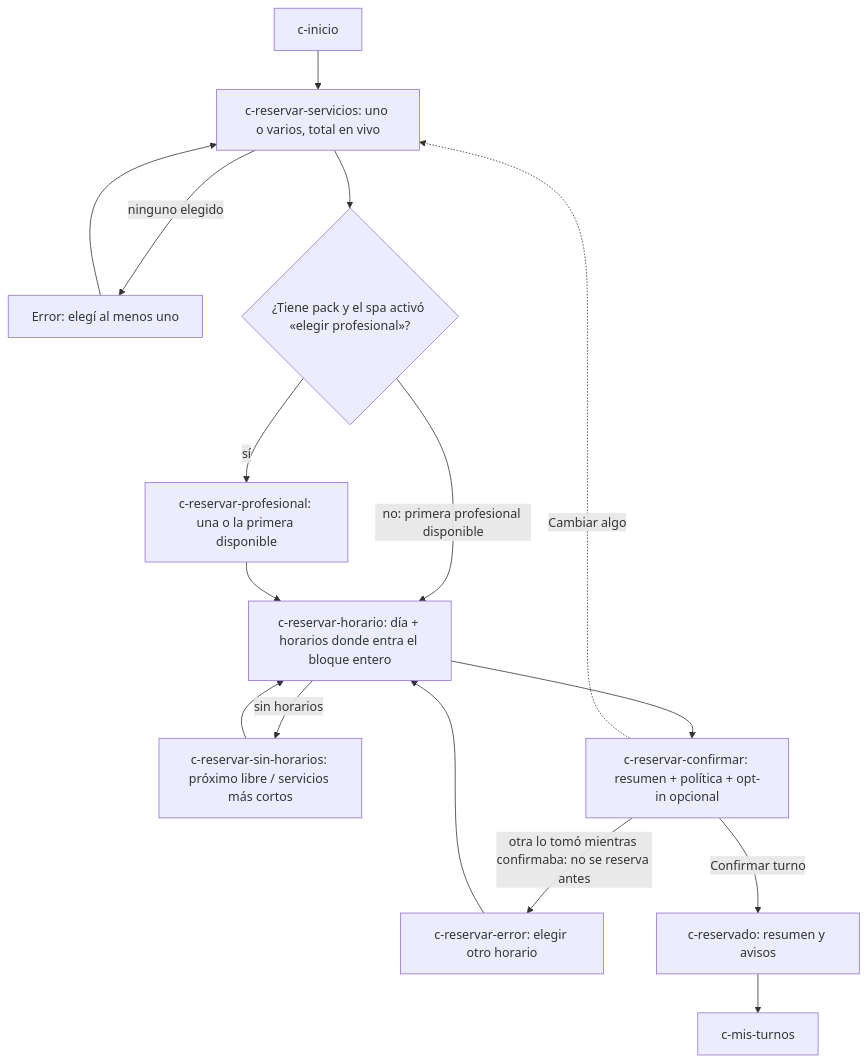
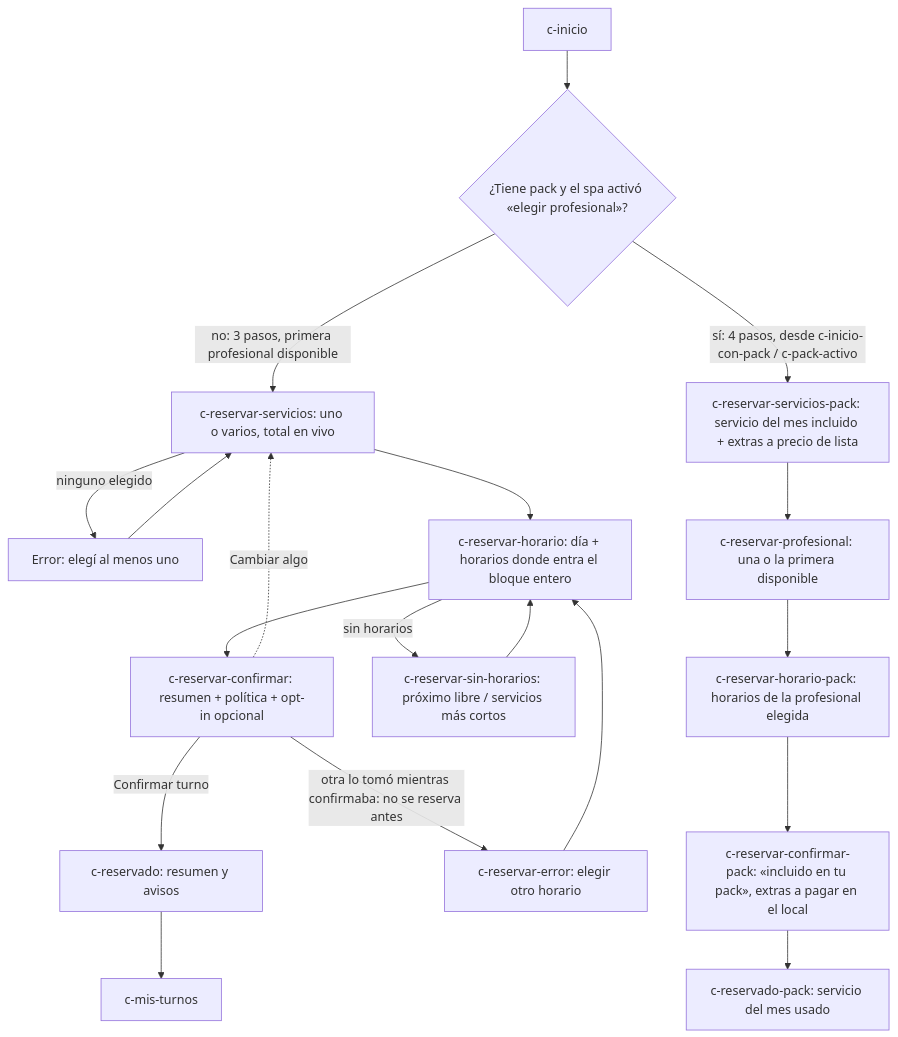
The second of 8 diagrams in initiatives/spa-reservas-mvp/flows.md (gm2dev/coop-agents-design), drawn with Mermaid before and after one commit. The commit also changed other lines of this file and 26 other files, not shown here.

````diff
--- a/initiatives/spa-reservas-mvp/flows.md
+++ b/initiatives/spa-reservas-mvp/flows.md
@@ -22,15 +22,18 @@
 ```mermaid
 flowchart TD
-  A[c-inicio] --> S[c-reservar-servicios: uno o varios, total en vivo]
+  A[c-inicio] --> Q{¿Tiene pack y el spa activó «elegir profesional»?}
+  Q -->|no: 3 pasos, primera profesional disponible| S[c-reservar-servicios: uno o varios, total en vivo]
   S -->|ninguno elegido| S1[Error: elegí al menos uno] --> S
-  S --> Q{¿Tiene pack y el spa activó «elegir profesional»?}
-  Q -->|sí| P[c-reservar-profesional: una o la primera disponible]
-  Q -->|no: primera profesional disponible| H
-  P --> H[c-reservar-horario: día + horarios donde entra el bloque entero]
+  S --> H[c-reservar-horario: día + horarios donde entra el bloque entero]
+  Q -->|sí: 4 pasos, desde c-inicio-con-pack / c-pack-activo| SP[c-reservar-servicios-pack: servicio del mes incluido + extras a precio de lista]
+  SP --> P[c-reservar-profesional: una o la primera disponible]
+  P --> HP[c-reservar-horario-pack: horarios de la profesional elegida]
+  HP --> CP[c-reservar-confirmar-pack: «incluido en tu pack», extras a pagar en el local]
+  CP --> OKP[c-reservado-pack: servicio del mes usado]
   H -->|sin horarios| H1[c-reservar-sin-horarios: próximo libre / servicios más cortos] --> H
   H --> C[c-reservar-confirmar: resumen + política + opt-in opcional]
   C -->|otra lo tomó mientras confirmaba: no se reserva antes| C1[c-reservar-error: elegir otro horario] --> H
   C -->|Confirmar turno| OK[c-reservado: resumen y avisos]
   OK --> M[c-mis-turnos]
   C -.->|Cambiar algo| S
 ```
````
